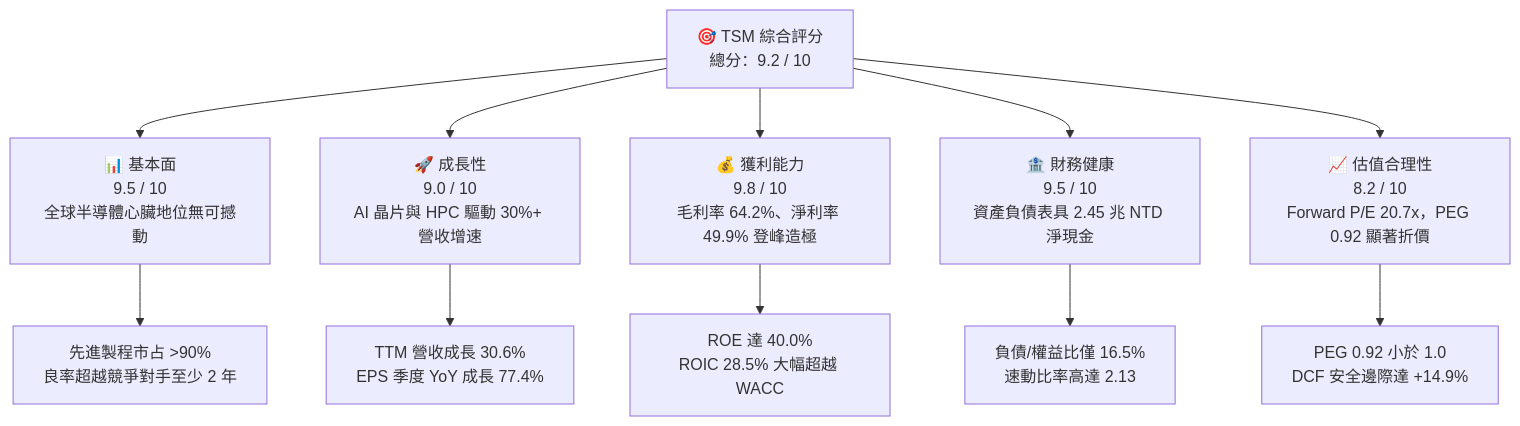
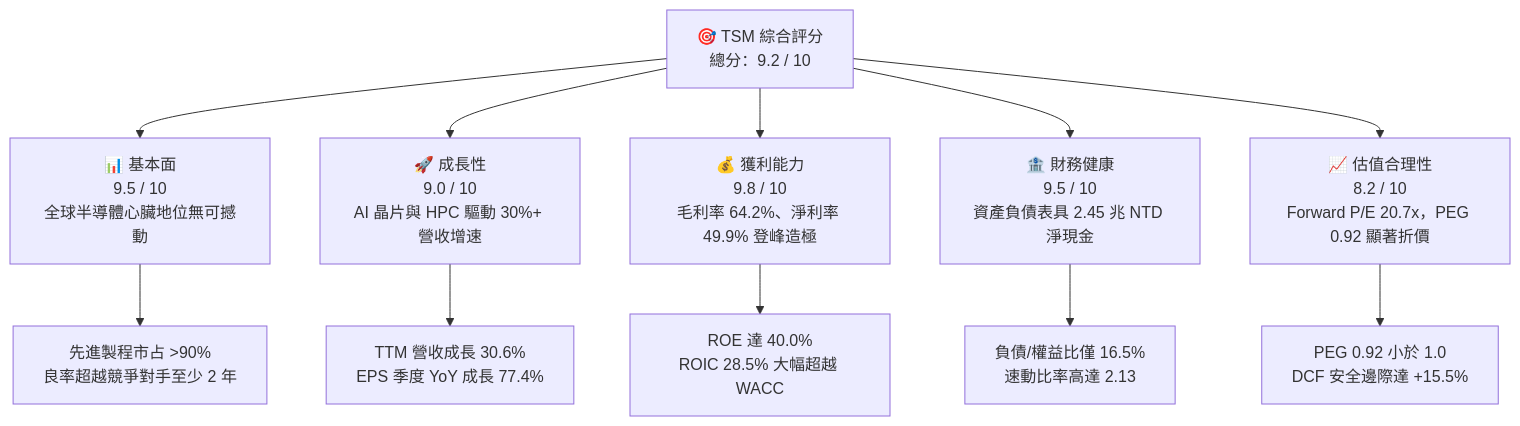
The first of 15 diagrams in ai_gen_report/fundamental/tsm/fundamental_analysis_2026-10-10_gemini.md (yennanliu/finance_data), drawn with Mermaid before and after one commit. The commit also changed other lines of this file and 339 other files, not shown here.

````diff
--- a/ai_gen_report/fundamental/tsm/fundamental_analysis_2026-10-10_gemini.md
+++ b/ai_gen_report/fundamental/tsm/fundamental_analysis_2026-10-10_gemini.md
@@ -72,22 +79,22 @@
 ```mermaid
 graph TD
     TICKER["🎯 TSM 綜合評分<br/>總分：9.2 / 10"]
 
     F["📊 基本面<br/>9.5 / 10<br/>全球半導體心臟地位無可撼動"]
     G["🚀 成長性<br/>9.0 / 10<br/>AI 晶片與 HPC 驅動 30%+ 營收增速"]
     P["💰 獲利能力<br/>9.8 / 10<br/>毛利率 64.2%、淨利率 49.9% 登峰造極"]
     B["🏦 財務健康<br/>9.5 / 10<br/>資產負債表具 2.45 兆 NTD 淨現金"]
     V["📈 估值合理性<br/>8.2 / 10<br/>Forward P/E 20.7x，PEG 0.92 顯著折價"]
 
     TICKER --> F
     TICKER --> G
     TICKER --> P
     TICKER --> B
     TICKER --> V
 
     F --> F1["先進製程市占 >90%<br/>良率超越競爭對手至少 2 年"]
     G --> G1["TTM 營收成長 30.6%<br/>EPS 季度 YoY 成長 77.4%"]
     P --> P1["ROE 達 40.0%<br/>ROIC 28.5% 大幅超越 WACC"]
     B --> B1["負債/權益比僅 16.5%<br/>速動比率高達 2.13"]
-    V --> V1["PEG 0.92 小於 1.0<br/>DCF 安全邊際達 +14.9%"]
+    V --> V1["PEG 0.92 小於 1.0<br/>DCF 安全邊際達 +15.5%"]
 ```
````
